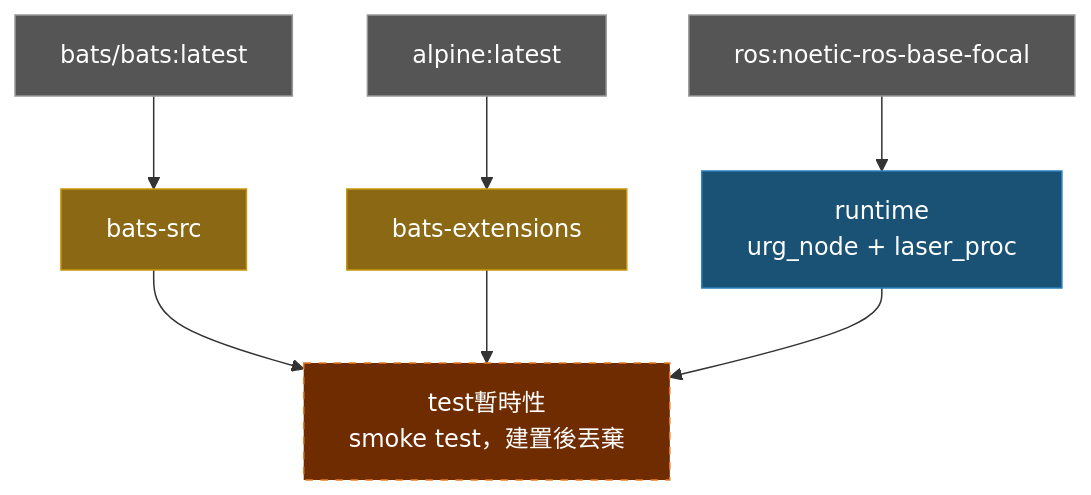
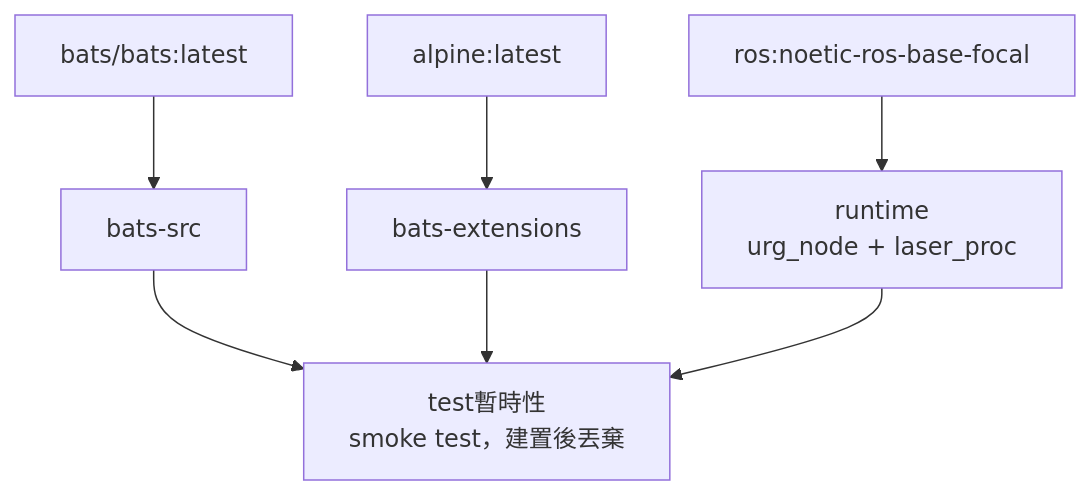
Before and after one commit to ycpss91255-docker/urg_node_noetic: the diagram in doc/README.zh-TW.md, drawn with Mermaid. The commit also changed 3 other files, not shown here.

Commit message:
docs: remove mermaid background colors from architecture diagrams (#15)

````diff
--- a/doc/README.zh-TW.md
+++ b/doc/README.zh-TW.md
@@ -84,20 +84,16 @@
 ```mermaid
 graph TD
-    EXT1["bats/bats:latest"]:::external
-    EXT2["alpine:latest"]:::external
-    EXT3["ros:noetic-ros-base-focal"]:::external
+    EXT1["bats/bats:latest"]
+    EXT2["alpine:latest"]
+    EXT3["ros:noetic-ros-base-focal"]
 
-    EXT1 --> bats-src["bats-src"]:::tool
-    EXT2 --> bats-ext["bats-extensions"]:::tool
+    EXT1 --> bats-src["bats-src"]
+    EXT2 --> bats-ext["bats-extensions"]
 
-    EXT3 --> runtime["runtime\nurg_node + laser_proc"]:::stage
+    EXT3 --> runtime["runtime\nurg_node + laser_proc"]
 
-    bats-src --> test["test暫時性\nsmoke test，建置後丟棄"]:::ephemeral
+    bats-src --> test["test暫時性\nsmoke test，建置後丟棄"]
     bats-ext --> test
     runtime --> test
 
-    classDef external fill:#555,color:#fff,stroke:#999
-    classDef tool fill:#8B6914,color:#fff,stroke:#c8960c
-    classDef stage fill:#1a5276,color:#fff,stroke:#2980b9
-    classDef ephemeral fill:#6e2c00,color:#fff,stroke:#e67e22,stroke-dasharray:5 5
 ```
````
